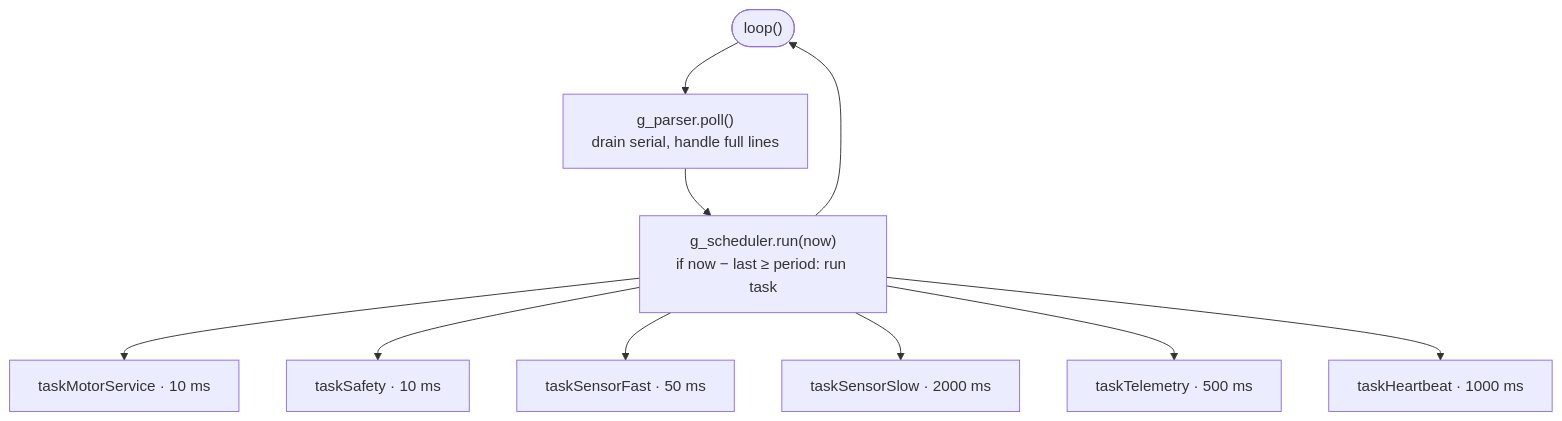
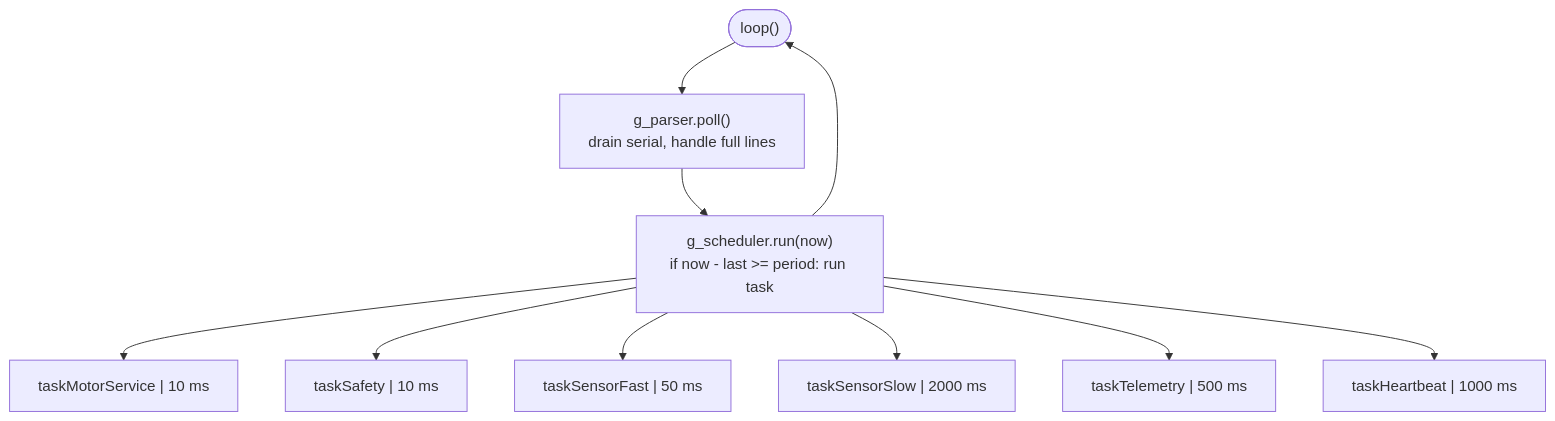
Before and after one commit to baiust999/robort-code-from-pi: the fourth of 27 diagrams in research paper/section4_methodology.md, drawn with Mermaid. The commit also changed other lines of this file and 4 other files, not shown here.

````diff
--- a/research paper/section4_methodology.md
+++ b/research paper/section4_methodology.md
@@ -127,12 +127,12 @@
 ```mermaid
 flowchart TB
   L(["loop()"]) --> PP["g_parser.poll()<br/>drain serial, handle full lines"]
-  PP --> SR["g_scheduler.run(now)<br/>if now − last ≥ period: run task"]
+  PP --> SR["g_scheduler.run(now)<br/>if now - last >= period: run task"]
   SR --> L
-  SR --> T1["taskMotorService · 10 ms"]
-  SR --> T2["taskSafety · 10 ms"]
-  SR --> T3["taskSensorFast · 50 ms"]
-  SR --> T4["taskSensorSlow · 2000 ms"]
-  SR --> T5["taskTelemetry · 500 ms"]
-  SR --> T6["taskHeartbeat · 1000 ms"]
+  SR --> T1["taskMotorService | 10 ms"]
+  SR --> T2["taskSafety | 10 ms"]
+  SR --> T3["taskSensorFast | 50 ms"]
+  SR --> T4["taskSensorSlow | 2000 ms"]
+  SR --> T5["taskTelemetry | 500 ms"]
+  SR --> T6["taskHeartbeat | 1000 ms"]
 ```
````
